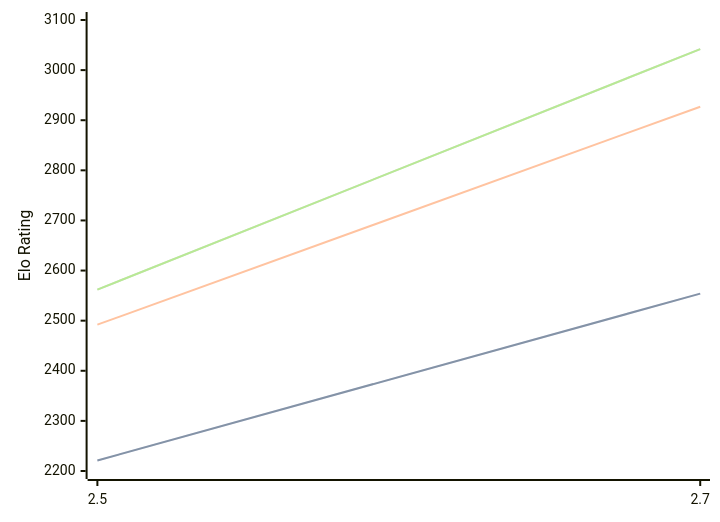
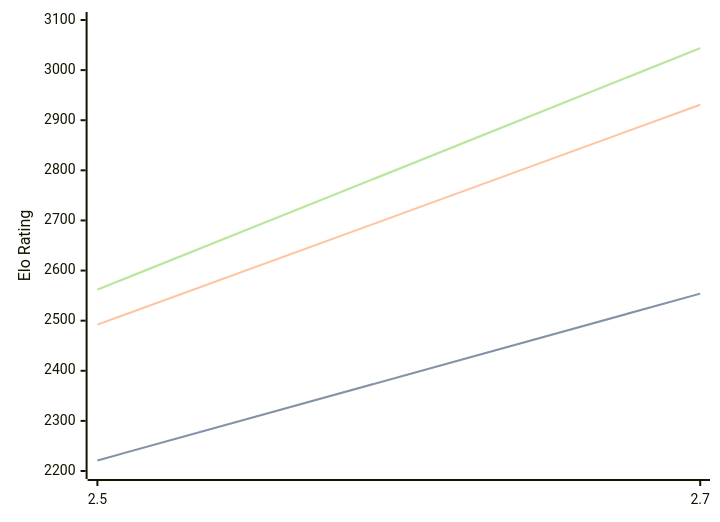
Before and after one commit to computer-chess-index/cci: the diagram in engines/Zevra.md, drawn with Mermaid. The commit also changed other lines of this file, not shown here.

Commit message:
Update CCI Ratings (ELO VLTC) - 2026-09-06

````diff
--- a/engines/Zevra.md
+++ b/engines/Zevra.md
@@ -32,11 +32,11 @@
 ```mermaid
 %%{init: {"theme":"base","themeVariables":{"seriesColors:['#a3a3a3','#222221','#faa371']}}}%%
 xychart-beta
   x-axis ["2.5", "2.7"]
   y-axis "Elo Rating" 2200 --> 3100
   line "" [2221, 2554]
   line "STC (8.0+0.08s)" [2221, 2554]
-  line "LTC (60.0+0.60s)" [2492, 2927]
-  line "" [2562, 3042]
-  line "VLTC (2m24s+1.12s)" [2562, 3042]
+  line "LTC (60.0+0.60s)" [2492, 2931]
+  line "" [2562, 3044]
+  line "VLTC (2m24s+1.12s)" [2562, 3044]
 ```
````
